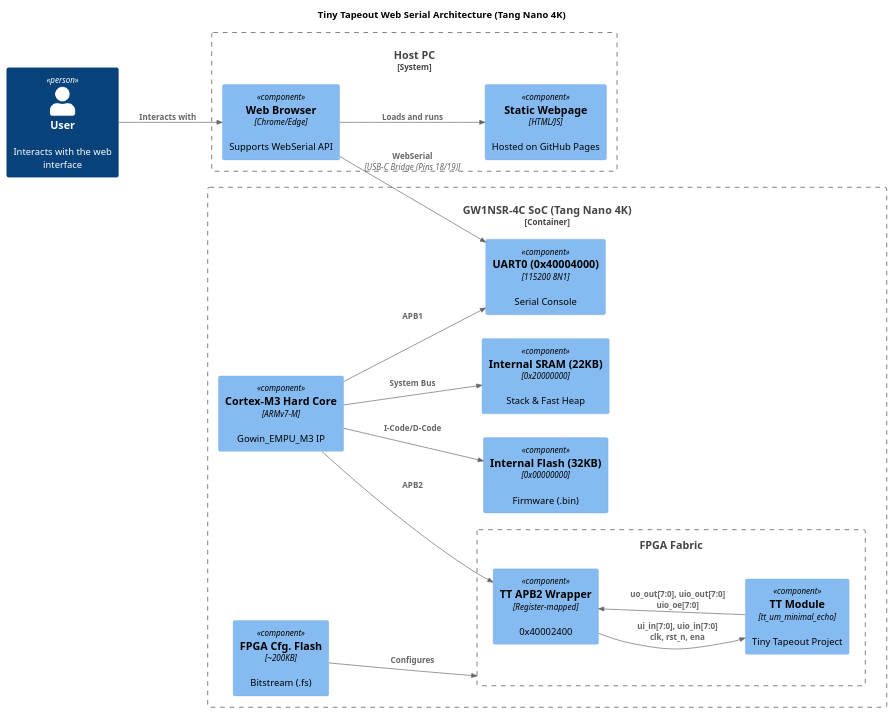
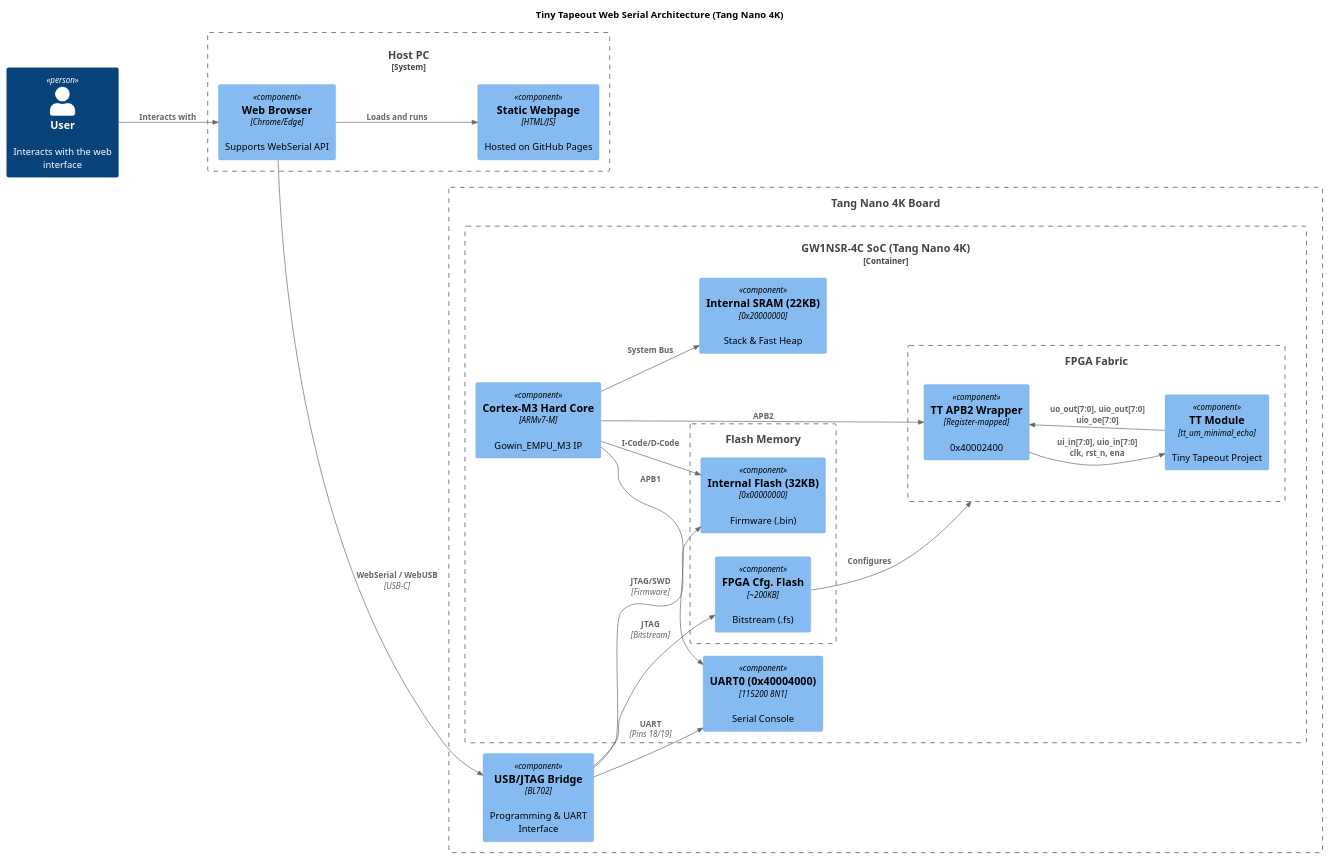
Before and after one commit to chatelao/tiny-tapeout-web-uart-tang-nano: the diagram in architecture.puml, drawn with PlantUML.

Commit message:
docs: group flash components and add USB/JTAG bridge in architecture.puml
- Introduce a 'Flash Memory' boundary grouping Internal Flash and FPGA Cfg. Flash.
- Wrap the SoC and a new 'USB/JTAG Bridge' (BL702) component inside a 'Tang Nano 4K Board' boundary.
- Update relationships to show the connection from the browser through the bridge to the UART and Flash components.

```diff
--- a/architecture.puml
+++ b/architecture.puml
@@ -1,42 +1,52 @@
 @startuml architecture
 !include https://raw.githubusercontent.com/plantuml-stdlib/C4-PlantUML/master/C4_Component.puml
 
 LAYOUT_LEFT_RIGHT()
 
 title Tiny Tapeout Web Serial Architecture (Tang Nano 4K)
 
 Person(user, "User", "Interacts with the web interface")
 
 System_Boundary(host, "Host PC") {
     Component(browser, "Web Browser", "Chrome/Edge", "Supports WebSerial API")
     Component(web_page, "Static Webpage", "HTML/JS", "Hosted on GitHub Pages")
     Rel(browser, web_page, "Loads and runs")
 }
 
-Container_Boundary(soc, "GW1NSR-4C SoC (Tang Nano 4K)") {
-    Component(m3, "Cortex-M3 Hard Core", "ARMv7-M", "Gowin_EMPU_M3 IP")
+Boundary(board, "Tang Nano 4K Board") {
+    Component(bridge, "USB/JTAG Bridge", "BL702", "Programming & UART Interface")
 
-    Boundary(fabric, "FPGA Fabric") {
-        Component(tt_wrapper, "TT APB2 Wrapper", "Register-mapped", "0x40002400")
-        Component(tt_module, "TT Module", "tt_um_minimal_echo", "Tiny Tapeout Project")
+    Container_Boundary(soc, "GW1NSR-4C SoC (Tang Nano 4K)") {
+        Component(m3, "Cortex-M3 Hard Core", "ARMv7-M", "Gowin_EMPU_M3 IP")
 
-        Rel(tt_wrapper, tt_module, "ui_in[7:0], uio_in[7:0]\nclk, rst_n, ena")
-        Rel(tt_module, tt_wrapper, "uo_out[7:0], uio_out[7:0]\nuio_oe[7:0]")
+        Boundary(fabric, "FPGA Fabric") {
+            Component(tt_wrapper, "TT APB2 Wrapper", "Register-mapped", "0x40002400")
+            Component(tt_module, "TT Module", "tt_um_minimal_echo", "Tiny Tapeout Project")
+
+            Rel(tt_wrapper, tt_module, "ui_in[7:0], uio_in[7:0]\nclk, rst_n, ena")
+            Rel(tt_module, tt_wrapper, "uo_out[7:0], uio_out[7:0]\nuio_oe[7:0]")
+        }
+
+        Boundary(flash, "Flash Memory") {
+            Component(int_flash, "Internal Flash (32KB)", "0x00000000", "Firmware (.bin)")
+            Component(cfg_flash, "FPGA Cfg. Flash", "~200KB", "Bitstream (.fs)")
+        }
+
+        Component(int_sram, "Internal SRAM (22KB)", "0x20000000", "Stack & Fast Heap")
+        Component(uart0, "UART0 (0x40004000)", "115200 8N1", "Serial Console")
+
+        Rel(m3, int_flash, "I-Code/D-Code")
+        Rel(m3, int_sram, "System Bus")
+        Rel(m3, uart0, "APB1")
+        Rel(m3, tt_wrapper, "APB2")
+        Rel(cfg_flash, fabric, "Configures")
     }
-
-    Component(int_flash, "Internal Flash (32KB)", "0x00000000", "Firmware (.bin)")
-    Component(int_sram, "Internal SRAM (22KB)", "0x20000000", "Stack & Fast Heap")
-    Component(uart0, "UART0 (0x40004000)", "115200 8N1", "Serial Console")
-    Component(cfg_flash, "FPGA Cfg. Flash", "~200KB", "Bitstream (.fs)")
-
-    Rel(m3, int_flash, "I-Code/D-Code")
-    Rel(m3, int_sram, "System Bus")
-    Rel(m3, uart0, "APB1")
-    Rel(m3, tt_wrapper, "APB2")
-    Rel(cfg_flash, fabric, "Configures")
 }
 
 Rel(user, browser, "Interacts with")
-Rel(browser, uart0, "WebSerial", "USB-C Bridge (Pins 18/19)")
+Rel(browser, bridge, "WebSerial / WebUSB", "USB-C")
+Rel(bridge, uart0, "UART", "Pins 18/19")
+Rel(bridge, int_flash, "JTAG/SWD", "Firmware")
+Rel(bridge, cfg_flash, "JTAG", "Bitstream")
 
 @enduml
```
